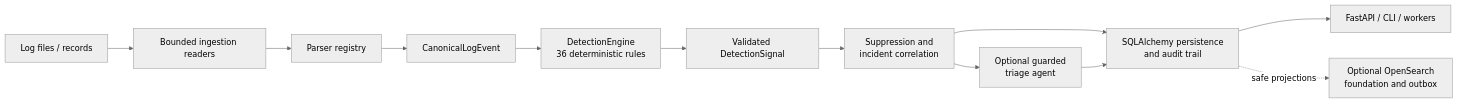
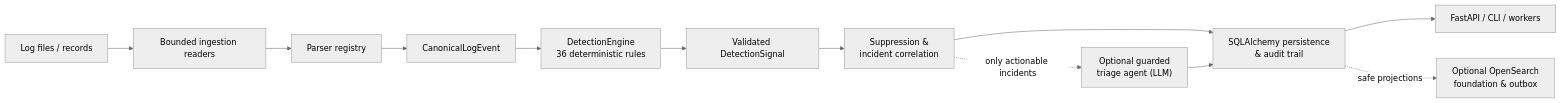
One commit to beratkrmn7/Autonomous-SOC-Analyst changed the diagram in README.md. Above: the diagram before and after it, drawn with Mermaid (neutral theme). The commit also changed other lines of this file, not shown here.

First line of the commit message:
docs: rewrite README for the Deterministic SOC Triage rename

````diff
--- a/README.md
+++ b/README.md
@@ -49,14 +97,14 @@
 ```mermaid
 flowchart LR
     A["Log files / records"] --> B["Bounded ingestion readers"]
     B --> C["Parser registry"]
     C --> D["CanonicalLogEvent"]
-    D --> E["DetectionEngine\n36 deterministic rules"]
+    D --> E["DetectionEngine<br/>36 deterministic rules"]
     E --> F["Validated DetectionSignal"]
-    F --> G["Suppression and\nincident correlation"]
-    G --> H["SQLAlchemy persistence\nand audit trail"]
-    G --> I["Optional guarded\ntriage agent"]
+    F --> G["Suppression &<br/>incident correlation"]
+    G --> H["SQLAlchemy persistence<br/>& audit trail"]
+    G -. "only actionable incidents" .-> I["Optional guarded<br/>triage agent (LLM)"]
     I --> H
     H --> J["FastAPI / CLI / workers"]
-    H -. "safe projections" .-> K["Optional OpenSearch\nfoundation and outbox"]
+    H -. "safe projections" .-> K["Optional OpenSearch<br/>foundation & outbox"]
 ```
````
